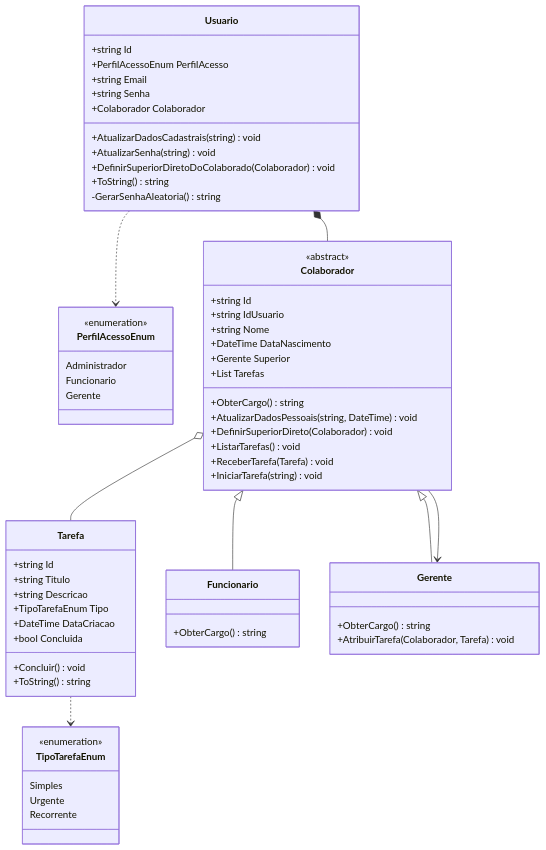
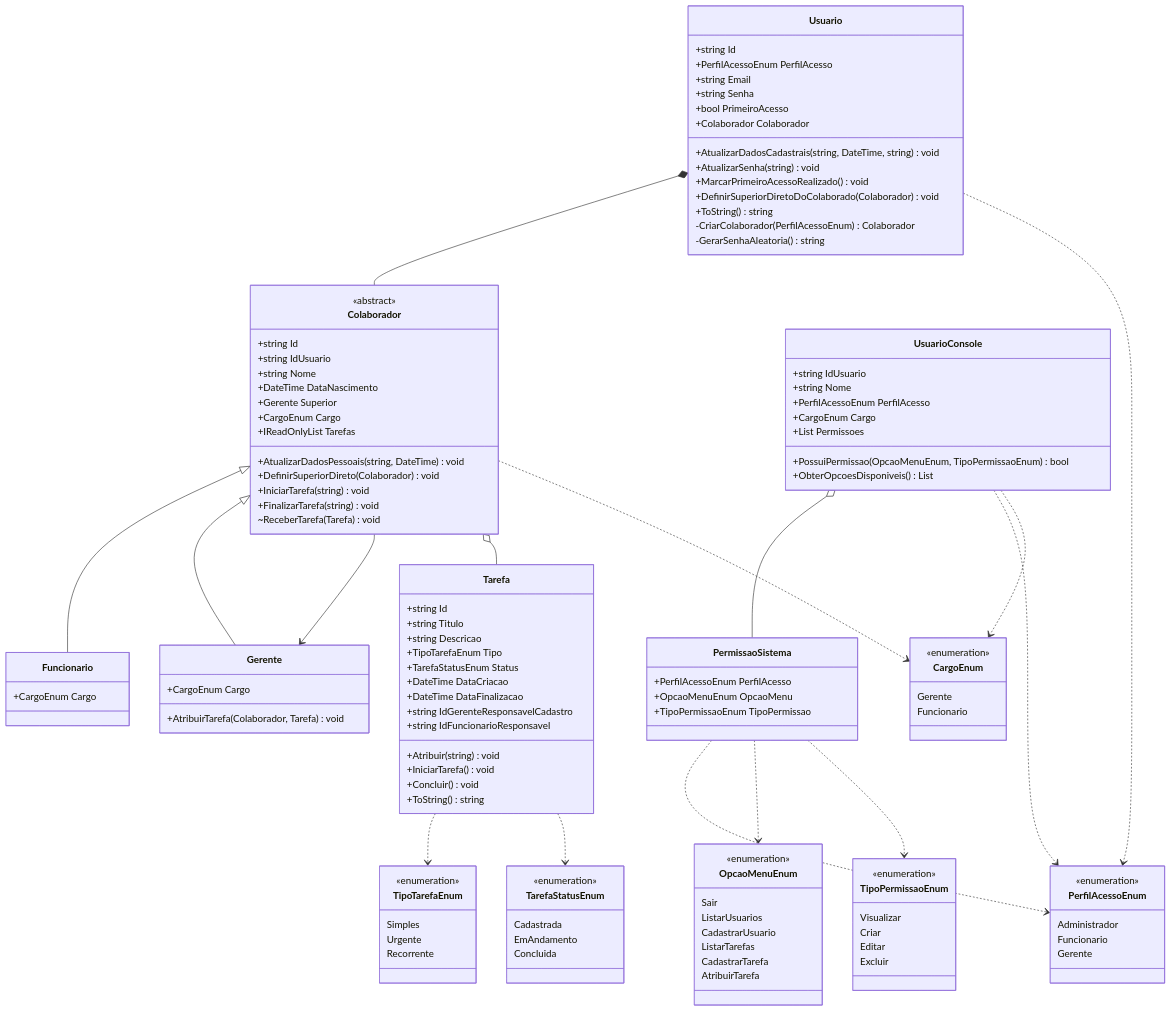
Before and after one commit to ifti-instituto-futuro/tarefas: the diagram in README.md, drawn with Mermaid. The commit also changed other lines of this file, not shown here.

````diff
--- a/README.md
+++ b/README.md
@@ -29,6 +51,12 @@
 ```mermaid
 classDiagram
     direction TB
+
+    class CargoEnum {
+        <<enumeration>>
+        Gerente
+        Funcionario
+    }
 
     class PerfilAcessoEnum {
         <<enumeration>>
@@ -44,13 +72,43 @@
         Recorrente
     }
 
+    class TarefaStatusEnum {
+        <<enumeration>>
+        Cadastrada
+        EmAndamento
+        Concluida
+    }
+
+    class OpcaoMenuEnum {
+        <<enumeration>>
+        Sair
+        ListarUsuarios
+        CadastrarUsuario
+        ListarTarefas
+        CadastrarTarefa
+        AtribuirTarefa
+    }
+
+    class TipoPermissaoEnum {
+        <<enumeration>>
+        Visualizar
+        Criar
+        Editar
+        Excluir
+    }
+
     class Tarefa {
         +string Id
         +string Titulo
         +string Descricao
         +TipoTarefaEnum Tipo
+        +TarefaStatusEnum Status
         +DateTime DataCriacao
-        +bool Concluida
+        +DateTime DataFinalizacao
+        +string IdGerenteResponsavelCadastro
+        +string IdFuncionarioResponsavel
+        +Atribuir(string) void
+        +IniciarTarefa() void
         +Concluir() void
         +ToString() string
     }
@@ -62,22 +120,21 @@
         +string Nome
         +DateTime DataNascimento
         +Gerente Superior
-        +List Tarefas
-        +ObterCargo() string
+        +CargoEnum Cargo
+        +IReadOnlyList Tarefas
         +AtualizarDadosPessoais(string, DateTime) void
         +DefinirSuperiorDireto(Colaborador) void
-        +ListarTarefas() void
-        +ReceberTarefa(Tarefa) void
         +IniciarTarefa(string) void
+        +FinalizarTarefa(string) void
+        ~ReceberTarefa(Tarefa) void
     }
 
     class Funcionario {
-        +ObterCargo() string
-
+        +CargoEnum Cargo
     }
 
     class Gerente {
-        +ObterCargo() string
+        +CargoEnum Cargo
         +AtribuirTarefa(Colaborador, Tarefa) void
     }
 
@@ -86,12 +143,31 @@
         +PerfilAcessoEnum PerfilAcesso
         +string Email
         +string Senha
+        +bool PrimeiroAcesso
         +Colaborador Colaborador
-        +AtualizarDadosCadastrais(string) void
+        +AtualizarDadosCadastrais(string, DateTime, string) void
         +AtualizarSenha(string) void
+        +MarcarPrimeiroAcessoRealizado() void
         +DefinirSuperiorDiretoDoColaborado(Colaborador) void
         +ToString() string
+        -CriarColaborador(PerfilAcessoEnum) Colaborador
         -GerarSenhaAleatoria() string
+    }
+
+    class PermissaoSistema {
+        +PerfilAcessoEnum PerfilAcesso
+        +OpcaoMenuEnum OpcaoMenu
+        +TipoPermissaoEnum TipoPermissao
+    }
+
+    class UsuarioConsole {
+        +string IdUsuario
+        +string Nome
+        +PerfilAcessoEnum PerfilAcesso
+        +CargoEnum Cargo
+        +List Permissoes
+        +PossuiPermissao(OpcaoMenuEnum, TipoPermissaoEnum) bool
+        +ObterOpcoesDisponiveis() List
     }
 
     Colaborador <|-- Funcionario
@@ -99,6 +175,14 @@
     Usuario *-- Colaborador
     Colaborador --> Gerente
     Colaborador o-- Tarefa
+    UsuarioConsole o-- PermissaoSistema
+    UsuarioConsole ..> PerfilAcessoEnum
+    UsuarioConsole ..> CargoEnum
     Usuario ..> PerfilAcessoEnum
     Tarefa ..> TipoTarefaEnum
+    Tarefa ..> TarefaStatusEnum
+    Colaborador ..> CargoEnum
+    PermissaoSistema ..> PerfilAcessoEnum
+    PermissaoSistema ..> OpcaoMenuEnum
+    PermissaoSistema ..> TipoPermissaoEnum
 ```
````
